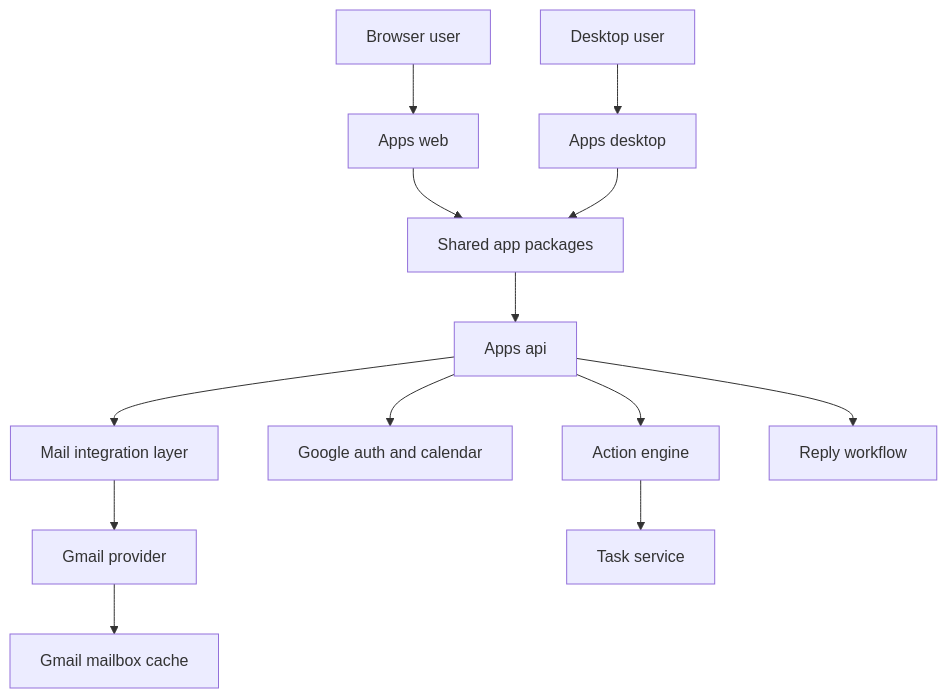
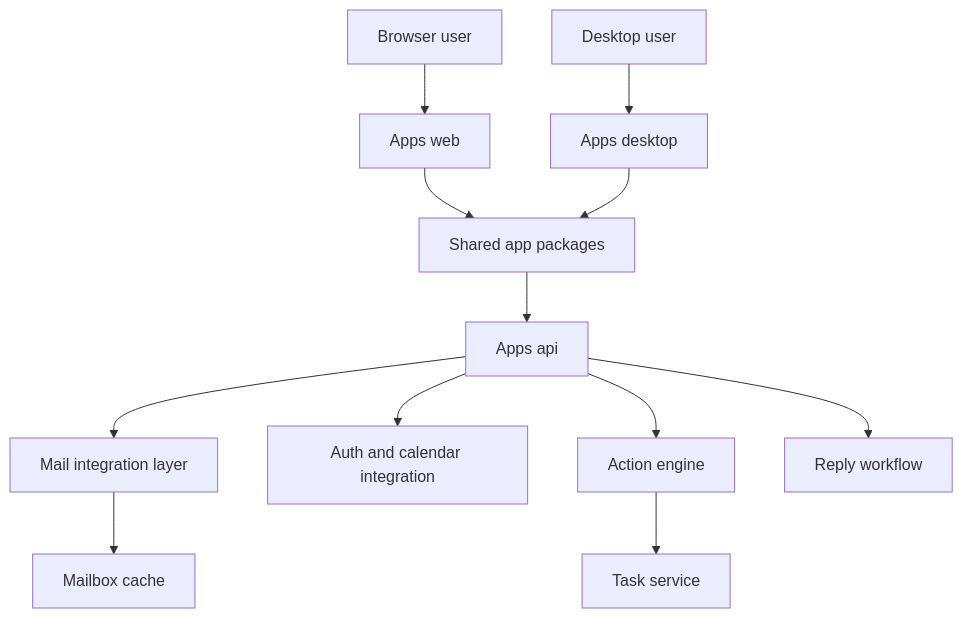
One commit to ruoliu2/InboxOS changed the first of 2 diagrams in README.md. Above: the diagram before and after it, drawn with Mermaid. The commit also changed other lines of this file and 2 other files, not shown here.

````diff
--- a/README.md
+++ b/README.md
@@ -21,15 +21,14 @@
 ```mermaid
 graph TD
 A1["Browser user"] --> B1["Apps web"]
 A2["Desktop user"] --> C1["Apps desktop"]
 B1 --> D1["Shared app packages"]
 C1 --> D1
 D1 --> E1["Apps api"]
 E1 --> F1["Mail integration layer"]
-F1 --> G1["Gmail provider"]
-G1 --> H1["Gmail mailbox cache"]
-E1 --> I1["Google auth and calendar"]
-E1 --> J1["Action engine"]
-J1 --> K1["Task service"]
-E1 --> L1["Reply workflow"]
+F1 --> G1["Mailbox cache"]
+E1 --> H1["Auth and calendar integration"]
+E1 --> I1["Action engine"]
+I1 --> J1["Task service"]
+E1 --> K1["Reply workflow"]
 ```
````
